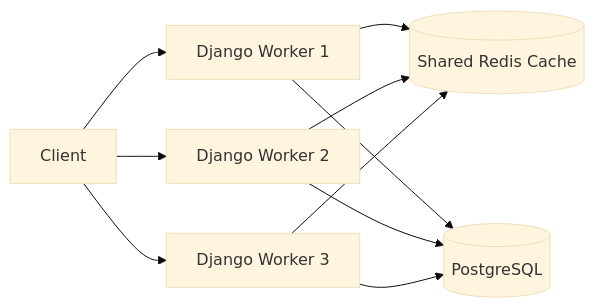
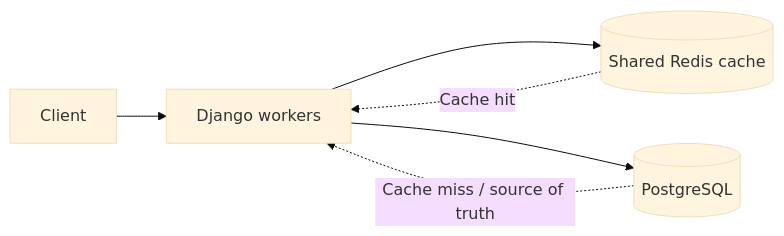
Before and after one commit to AvadhBhalodiya/Interview-Preparation: the sixth of 6 diagrams in src/content/django/caching-framework.md, drawn with Mermaid (base theme). The commit also changed other lines of this file and 80 other files, not shown here.

````diff
--- a/src/content/django/caching-framework.md
+++ b/src/content/django/caching-framework.md
@@ -1335,14 +652,9 @@
 ```mermaid
 flowchart LR
-    C[Client] --> D1[Django Worker 1]
-    C --> D2[Django Worker 2]
-    C --> D3[Django Worker 3]
+    C[Client] --> D[Django workers]
+    D --> R[(Shared Redis cache)]
+    D --> DB[(PostgreSQL)]
 
-    D1 --> R[(Shared Redis Cache)]
-    D2 --> R
-    D3 --> R
-
-    D1 --> DB[(PostgreSQL)]
-    D2 --> DB
-    D3 --> DB
+    R -. Cache hit .-> D
+    DB -. Cache miss / source of truth .-> D
 ```
````
